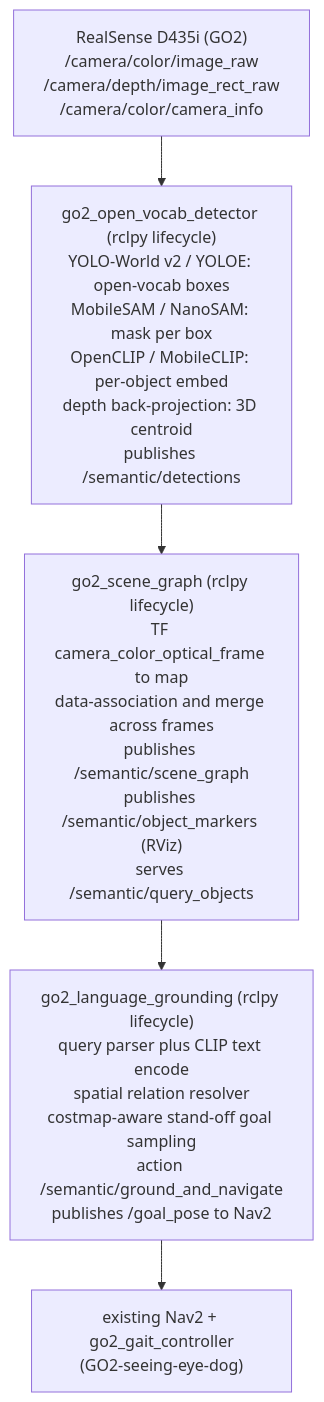
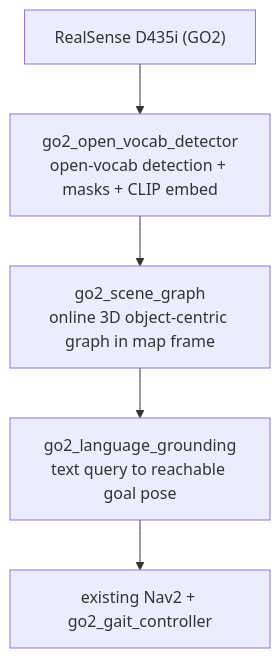
One commit to yusufdxb/go2-semantic-nav changed the first of 3 diagrams in README.md. Above: the diagram before and after it, drawn with Mermaid. The commit also changed other lines of this file, not shown here.

Commit message:
docs(readme): slim System-at-a-glance Mermaid, move per-component detail below

````diff
--- a/README.md
+++ b/README.md
@@ -26,17 +31,13 @@
 ```mermaid
 flowchart TD
-    RS["RealSense D435i (GO2)<br/>/camera/color/image_raw<br/>/camera/depth/image_rect_raw<br/>/camera/color/camera_info"]
-
-    DET["go2_open_vocab_detector (rclpy lifecycle)<br/>YOLO-World v2 / YOLOE: open-vocab boxes<br/>MobileSAM / NanoSAM: mask per box<br/>OpenCLIP / MobileCLIP: per-object embed<br/>depth back-projection: 3D centroid<br/>publishes /semantic/detections"]
-
-    SG["go2_scene_graph (rclpy lifecycle)<br/>TF camera_color_optical_frame to map<br/>data-association and merge across frames<br/>publishes /semantic/scene_graph<br/>publishes /semantic/object_markers (RViz)<br/>serves /semantic/query_objects"]
-
-    GR["go2_language_grounding (rclpy lifecycle)<br/>query parser plus CLIP text encode<br/>spatial relation resolver<br/>costmap-aware stand-off goal sampling<br/>action /semantic/ground_and_navigate<br/>publishes /goal_pose to Nav2"]
-
-    NAV2["existing Nav2 + go2_gait_controller<br/>(GO2-seeing-eye-dog)"]
+    RS["RealSense D435i (GO2)"]
+    DET["go2_open_vocab_detector<br/>open-vocab detection + masks + CLIP embed"]
+    SG["go2_scene_graph<br/>online 3D object-centric graph in map frame"]
+    GR["go2_language_grounding<br/>text query to reachable goal pose"]
+    NAV2["existing Nav2 + go2_gait_controller"]
 
     RS --> DET
     DET --> SG
     SG --> GR
     GR --> NAV2
 ```
````
